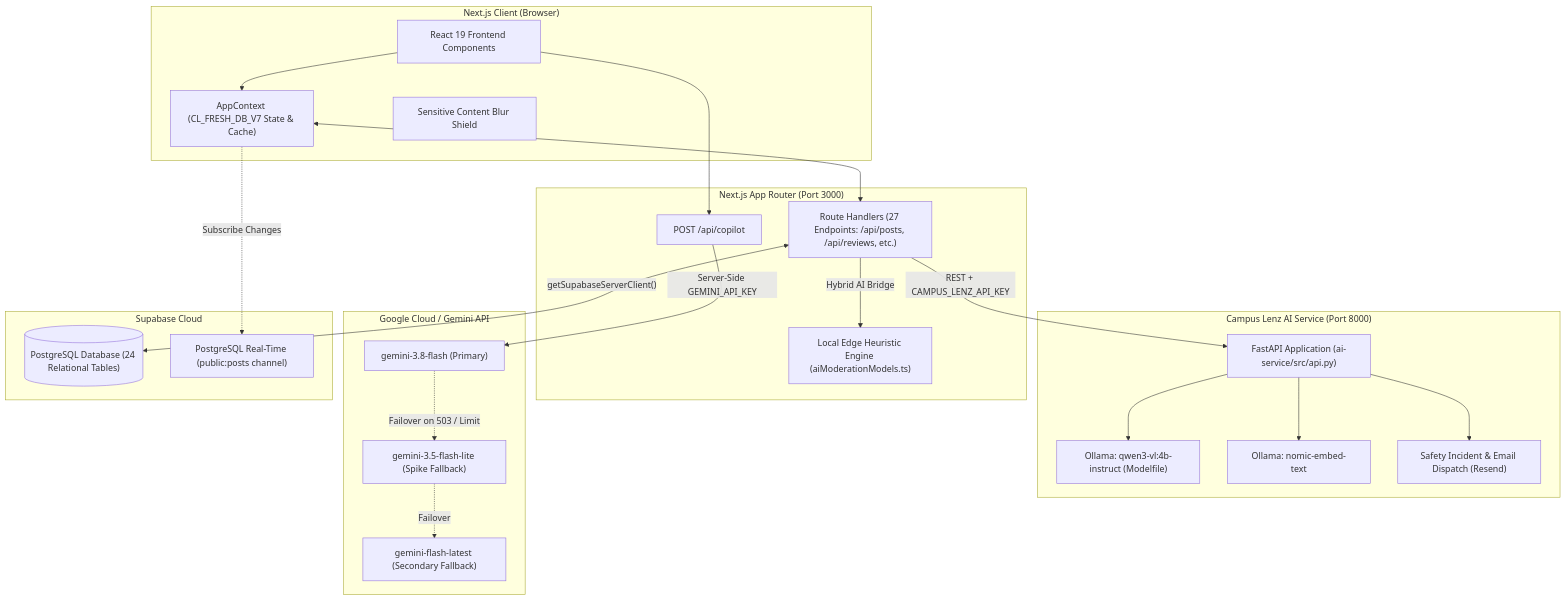
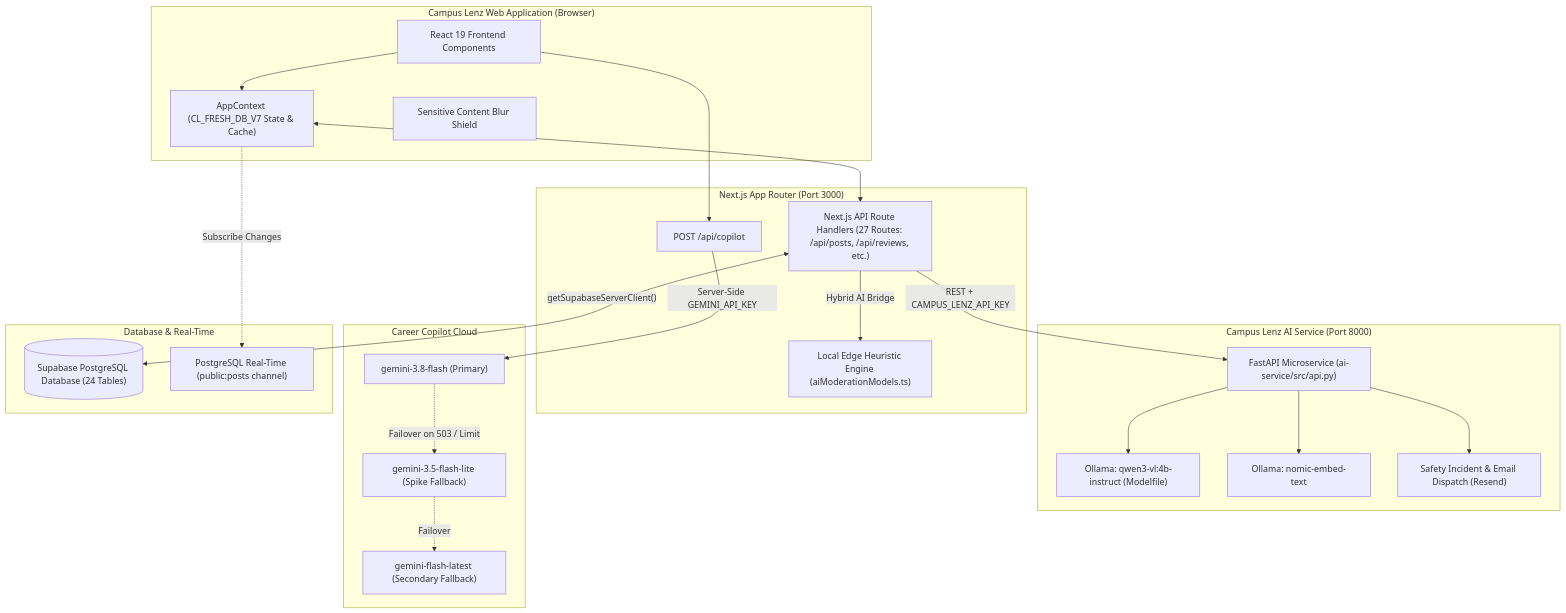
One commit to Pradeensk1/campuslenzapp changed the first of 4 diagrams in README.md. Above: the diagram before and after it, drawn with Mermaid. The commit also changed other lines of this file, not shown here.

Commit message:
docs: finalize comprehensive Campus Lenz README

````diff
--- a/README.md
+++ b/README.md
@@ -278,49 +301,49 @@
 ```mermaid
 flowchart TD
-    subgraph Client["Next.js Client (Browser)"]
+    subgraph Client["Campus Lenz Web Application (Browser)"]
         UI["React 19 Frontend Components"]
         AppCtx["AppContext (CL_FRESH_DB_V7 State & Cache)"]
         Shield["Sensitive Content Blur Shield"]
     end
 
     subgraph NextServer["Next.js App Router (Port 3000)"]
-        APIRoutes["Route Handlers (27 Endpoints: /api/posts, /api/reviews, etc.)"]
+        APIRoutes["Next.js API Route Handlers (27 Routes: /api/posts, /api/reviews, etc.)"]
         CopilotAPI["POST /api/copilot"]
         LocalAI["Local Edge Heuristic Engine (aiModerationModels.ts)"]
     end
 
     subgraph ExternalAI["Campus Lenz AI Service (Port 8000)"]
-        FastAPI["FastAPI Application (ai-service/src/api.py)"]
+        FastAPI["FastAPI Microservice (ai-service/src/api.py)"]
         OllamaLLM["Ollama: qwen3-vl:4b-instruct (Modelfile)"]
         OllamaEmbed["Ollama: nomic-embed-text"]
         IncidentService["Safety Incident & Email Dispatch (Resend)"]
     end
 
-    subgraph GeminiCloud["Google Cloud / Gemini API"]
+    subgraph GeminiCloud["Career Copilot Cloud"]
         Gemini38["gemini-3.8-flash (Primary)"]
         Gemini35["gemini-3.5-flash-lite (Spike Fallback)"]
         GeminiLatest["gemini-flash-latest (Secondary Fallback)"]
     end
 
-    subgraph StorageCloud["Supabase Cloud"]
-        SupaDB[("PostgreSQL Database (24 Relational Tables)")]
+    subgraph StorageCloud["Database & Real-Time"]
+        SupaDB[("Supabase PostgreSQL Database (24 Tables)")]
         SupaRealtime["PostgreSQL Real-Time (public:posts channel)"]
     end
 
     UI --> AppCtx
     AppCtx <--> APIRoutes
     AppCtx -.->|"Subscribe Changes"| SupaRealtime
     UI --> CopilotAPI
 
     CopilotAPI -->|"Server-Side GEMINI_API_KEY"| Gemini38
     Gemini38 -.->|"Failover on 503 / Limit"| Gemini35
     Gemini35 -.->|"Failover"| GeminiLatest
 
     APIRoutes -->|"Hybrid AI Bridge"| LocalAI
     APIRoutes -->|"REST + CAMPUS_LENZ_API_KEY"| FastAPI
     FastAPI --> OllamaLLM
     FastAPI --> OllamaEmbed
     FastAPI --> IncidentService
 
     APIRoutes <-->|"getSupabaseServerClient()"| SupaDB
 ```
````
